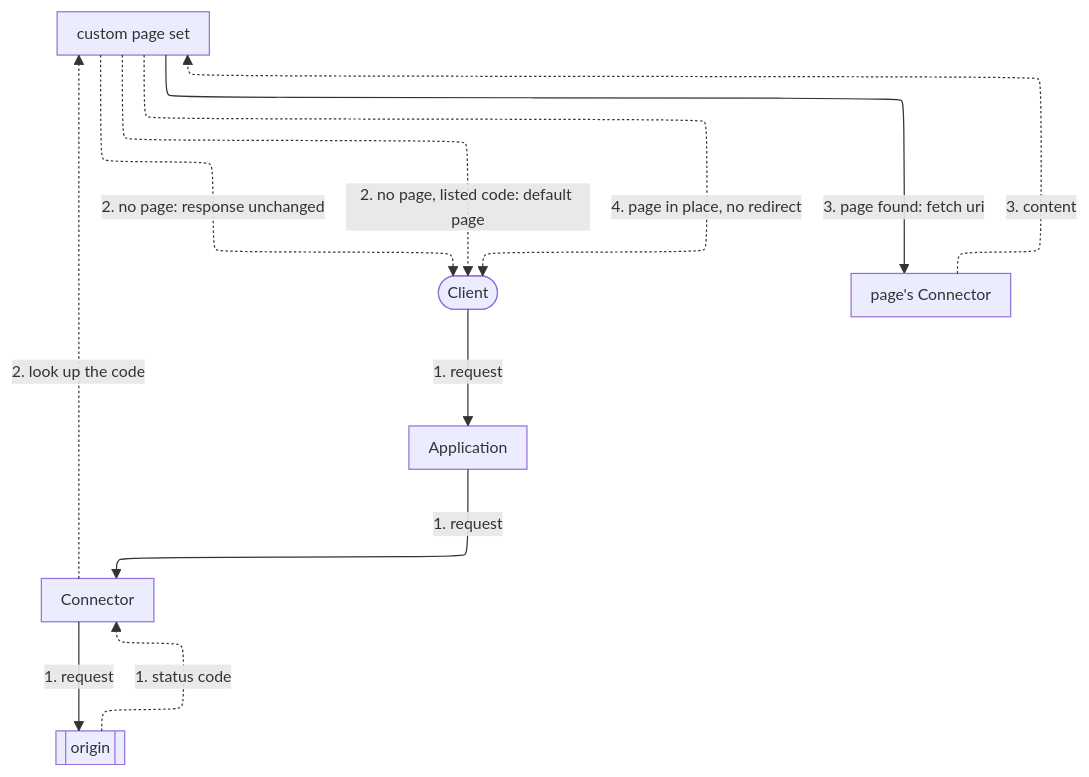
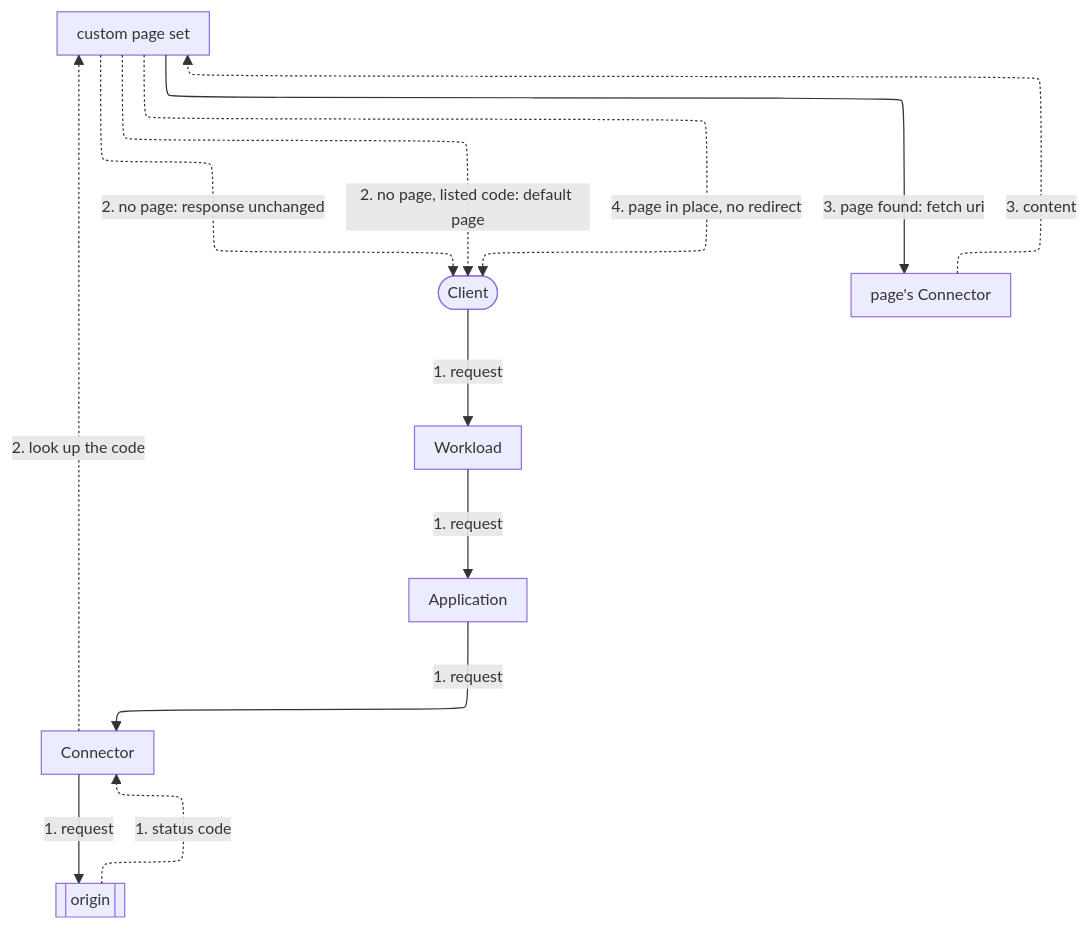
The diagram in apps/docs/src/content/docs/en/pages/secure/custom-pages/overview.mdx (aziontech/docs), drawn with Mermaid before and after one commit. The commit also changed other lines of this file and 132 other files, not shown here.

````diff
--- a/apps/docs/src/content/docs/en/pages/secure/custom-pages/overview.mdx
+++ b/apps/docs/src/content/docs/en/pages/secure/custom-pages/overview.mdx
@@ -27,20 +27,22 @@
 ```mermaid
 %%{init: {"layout": "elk", "elk": {"preset": "modelOrder", "keepEntryNodeOnTop": true}, "themeVariables": {"fontSize": "13px"}, "flowchart": {"nodeSpacing": 24, "rankSpacing": 36, "padding": 8, "wrappingWidth": 150, "useMaxWidth": true}, "sequence": {"width": 120, "actorMargin": 30, "useMaxWidth": true}}}%%
 flowchart TD
   Client(["Client"])
+  WL["Workload"]
   App["Application"]
   Conn["Connector"]
   Origin[["origin"]]
   Set["custom page set"]
   PConn["page's Connector"]
-  Client -->|"1. request"| App
+  Client -->|"1. request"| WL
+  WL -->|"1. request"| App
   App -->|"1. request"| Conn
   Conn -->|"1. request"| Origin
   Origin -.->|"1. status code"| Conn
   Conn -.->|"2. look up the code"| Set
   Set -.->|"2. no page: response unchanged"| Client
   Set -.->|"2. no page, listed code: default page"| Client
   Set -->|"3. page found: fetch uri"| PConn
   PConn -.->|"3. content"| Set
   Set -.->|"4. page in place, no redirect"| Client
 ```
````
